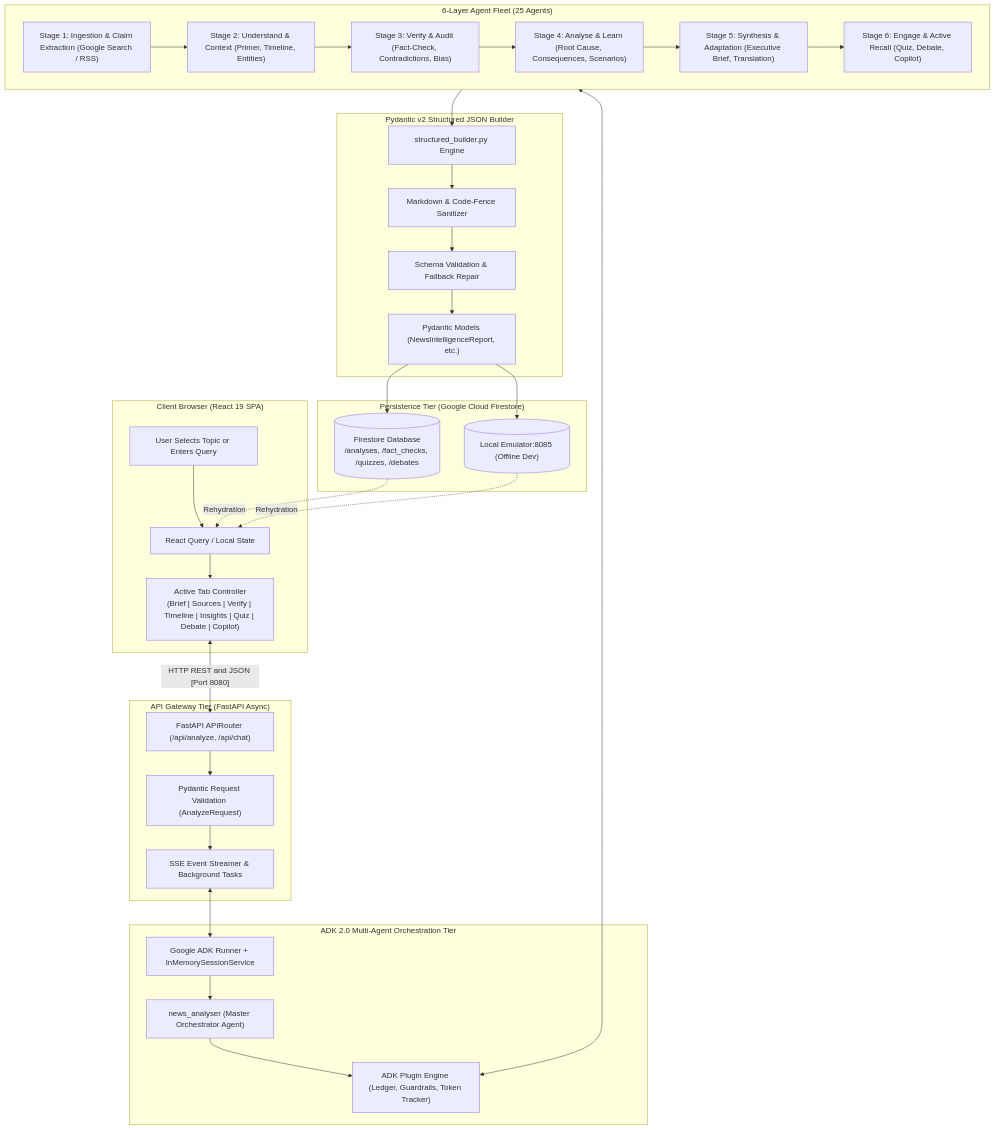
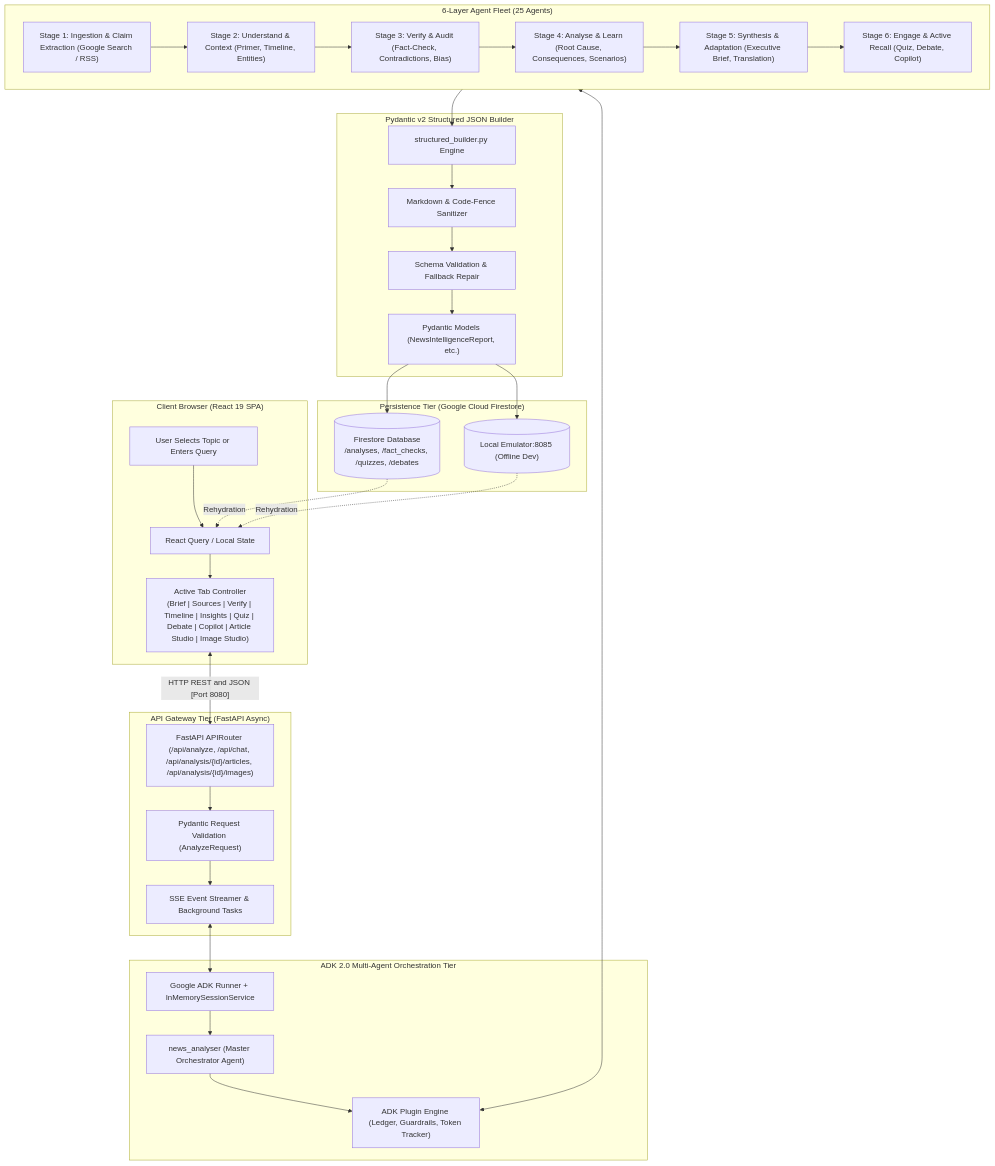
Before and after one commit to gowthamvarma/agentic-news: the first of 2 diagrams in docs/submission/04-system-architecture-and-technical-design.md, drawn with Mermaid. The commit also changed other lines of this file and 33 other files, not shown here.

````diff
--- a/docs/submission/04-system-architecture-and-technical-design.md
+++ b/docs/submission/04-system-architecture-and-technical-design.md
@@ -14,63 +14,63 @@
 ```mermaid
 flowchart TD
     subgraph Client ["Client Browser (React 19 SPA)"]
         UserAction["User Selects Topic or Enters Query"]
         ReactState["React Query / Local State"]
-        ActiveTab["Active Tab Controller<br/>(Brief | Sources | Verify | Timeline | Insights | Quiz | Debate | Copilot)"]
+        ActiveTab["Active Tab Controller<br/>(Brief | Sources | Verify | Timeline | Insights | Quiz | Debate | Copilot | Article Studio | Image Studio)"]
         UserAction --> ReactState --> ActiveTab
     end
 
     subgraph APIGateway ["API Gateway Tier (FastAPI Async)"]
-        Router["FastAPI APIRouter (/api/analyze, /api/chat)"]
+        Router["FastAPI APIRouter (/api/analyze, /api/chat, /api/analysis/{id}/articles, /api/analysis/{id}/images)"]
         ReqValidator["Pydantic Request Validation (AnalyzeRequest)"]
         SSEStreamer["SSE Event Streamer & Background Tasks"]
         Router --> ReqValidator --> SSEStreamer
     end
 
     subgraph ADKOrchestration ["ADK 2.0 Multi-Agent Orchestration Tier"]
         Runner["Google ADK Runner + InMemorySessionService"]
         RootAgent["news_analyser (Master Orchestrator Agent)"]
         PluginEngine["ADK Plugin Engine (Ledger, Guardrails, Token Tracker)"]
         
         Runner --> RootAgent
         RootAgent --> PluginEngine
     end
 
     subgraph SixLayers ["6-Layer Agent Fleet (25 Agents)"]
         L1["Stage 1: Ingestion & Claim Extraction (Google Search / RSS)"]
         L2["Stage 2: Understand & Context (Primer, Timeline, Entities)"]
         L3["Stage 3: Verify & Audit (Fact-Check, Contradictions, Bias)"]
         L4["Stage 4: Analyse & Learn (Root Cause, Consequences, Scenarios)"]
         L5["Stage 5: Synthesis & Adaptation (Executive Brief, Translation)"]
         L6["Stage 6: Engage & Active Recall (Quiz, Debate, Copilot)"]
         
         L1 --> L2
         L2 --> L3
         L3 --> L4
         L4 --> L5
         L5 --> L6
     end
 
     subgraph StructuredBuilder ["Pydantic v2 Structured JSON Builder"]
         Builder["structured_builder.py Engine"]
         Sanitizer["Markdown & Code-Fence Sanitizer"]
         RepairLoop["Schema Validation & Fallback Repair"]
         PydanticModels["Pydantic Models (NewsIntelligenceReport, etc.)"]
         
         Builder --> Sanitizer --> RepairLoop --> PydanticModels
     end
 
     subgraph Storage ["Persistence Tier (Google Cloud Firestore)"]
         FirestoreDB[("Firestore Database<br/>/analyses, /fact_checks, /quizzes, /debates")]
         LocalEmulator[("Local Emulator:8085 (Offline Dev)")]
     end
 
     ActiveTab <-->|"HTTP REST and JSON [Port 8080]"| Router
     SSEStreamer <--> Runner
     PluginEngine <--> SixLayers
     SixLayers --> Builder
     PydanticModels --> FirestoreDB
     PydanticModels --> LocalEmulator
     FirestoreDB -.->|Rehydration| ReactState
     LocalEmulator -.->|Rehydration| ReactState
 ```
````
